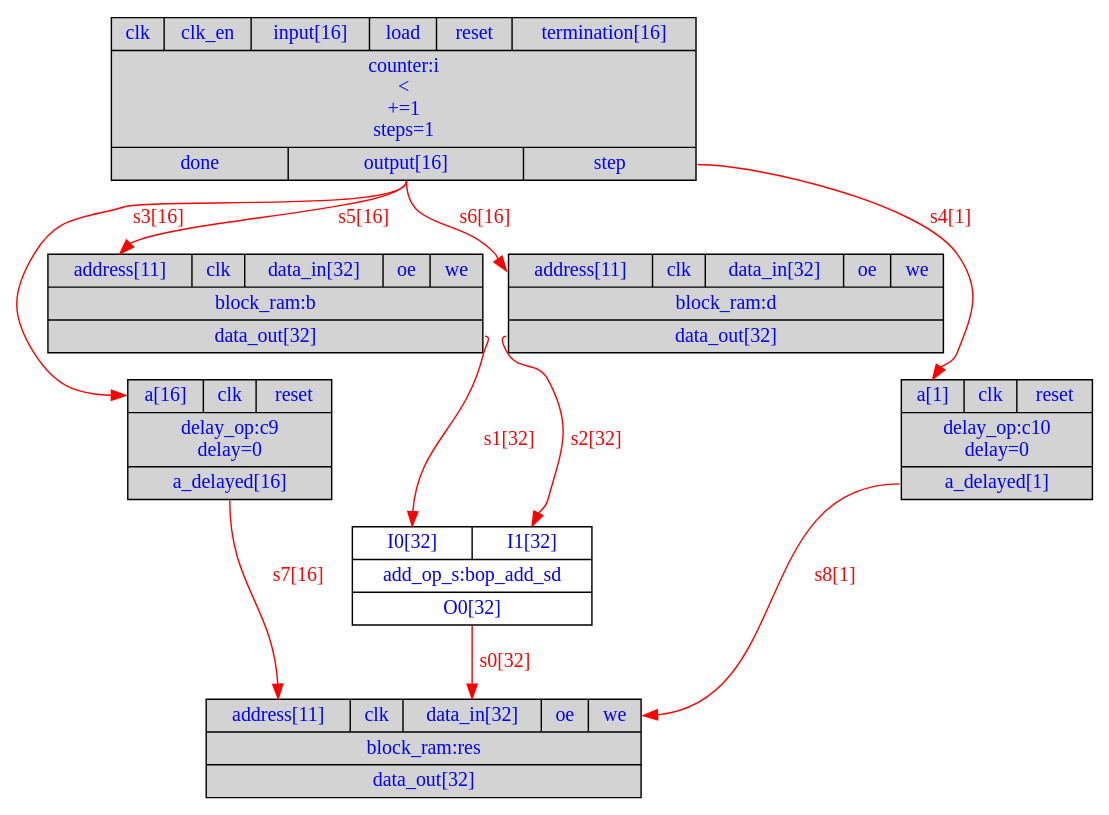
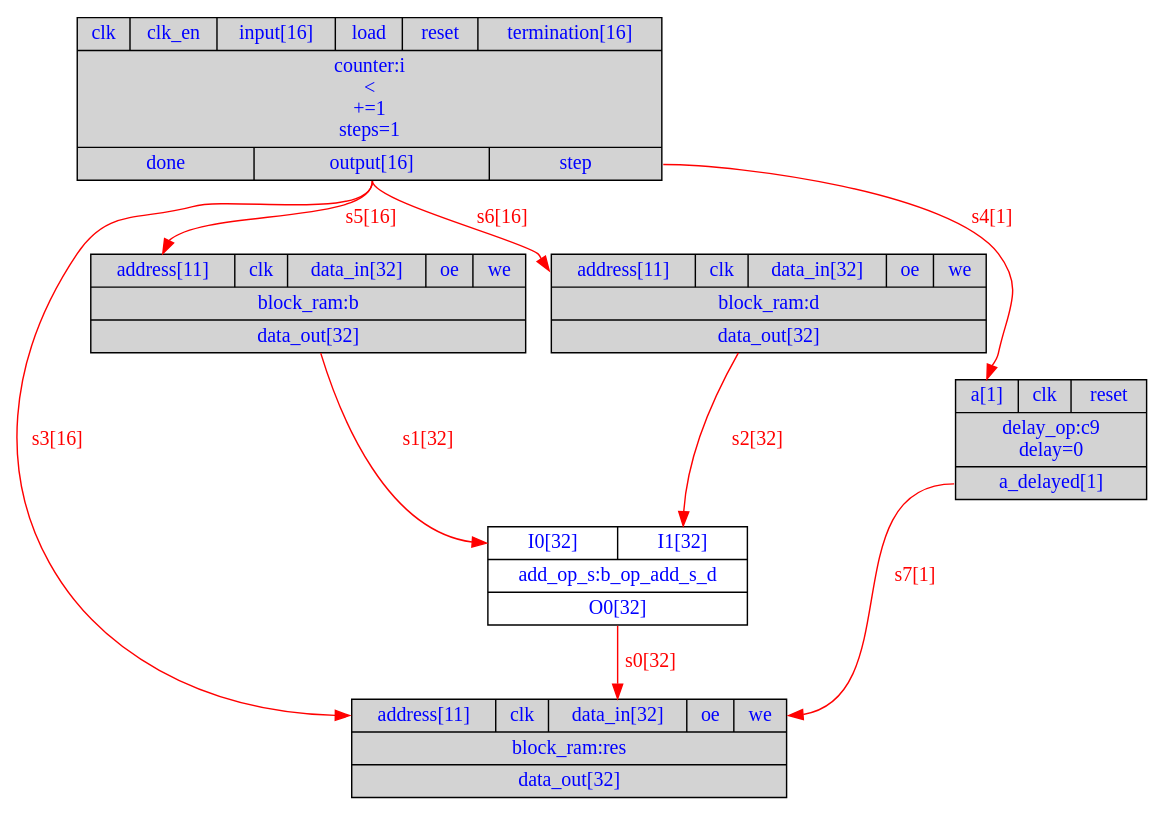
The diagram in DOT/Exemplo_HW.dot (menotti/lalp), drawn with Graphviz before and after one commit. The commit also changed 31 other files, not shown here.

```diff
--- a/DOT/Exemplo_HW.dot
+++ b/DOT/Exemplo_HW.dot
@@ -1,20 +1,18 @@
 digraph diagram {
 // Components (Nodes) 
 "i" [shape=record, fontcolor=blue, style="filled", fillcolor="lightgray", label="{{<clk>clk|<clk_en>clk_en|<input>input[16]|<load>load|<reset>reset|<termination>termination[16]}|counter:i\n\<\n+=1\nsteps=1|{<done>done|<output>output[16]|<step>step}}"]; 
 "res" [shape=record, fontcolor=blue, style="filled", fillcolor="lightgray", label="{{<address>address[11]|<clk>clk|<data_in>data_in[32]|<oe>oe|<we>we}|block_ram:res|{<data_out>data_out[32]}}"]; 
-"bop_add_sd" [shape=record, fontcolor=blue, label="{{<I0>I0[32]|<I1>I1[32]}|add_op_s:bop_add_sd|{<O0>O0[32]}}"]; 
+"b_op_add_s_d" [shape=record, fontcolor=blue, label="{{<I0>I0[32]|<I1>I1[32]}|add_op_s:b_op_add_s_d|{<O0>O0[32]}}"]; 
 "b" [shape=record, fontcolor=blue, style="filled", fillcolor="lightgray", label="{{<address>address[11]|<clk>clk|<data_in>data_in[32]|<oe>oe|<we>we}|block_ram:b|{<data_out>data_out[32]}}"]; 
 "d" [shape=record, fontcolor=blue, style="filled", fillcolor="lightgray", label="{{<address>address[11]|<clk>clk|<data_in>data_in[32]|<oe>oe|<we>we}|block_ram:d|{<data_out>data_out[32]}}"]; 
-"c9" [shape=record, fontcolor=blue, style="filled", fillcolor="lightgray", label="{{<a>a[16]|<clk>clk|<reset>reset}|delay_op:c9\ndelay=0|{<a_delayed>a_delayed[16]}}"]; 
-"c10" [shape=record, fontcolor=blue, style="filled", fillcolor="lightgray", label="{{<a>a[1]|<clk>clk|<reset>reset}|delay_op:c10\ndelay=0|{<a_delayed>a_delayed[1]}}"]; 
+"c9" [shape=record, fontcolor=blue, style="filled", fillcolor="lightgray", label="{{<a>a[1]|<clk>clk|<reset>reset}|delay_op:c9\ndelay=0|{<a_delayed>a_delayed[1]}}"]; 
 // Signals (Edges) 
-"bop_add_sd":O0 -> "res":data_in[label="s0[32]" color=red fontcolor=red]; 
-"b":data_out -> "bop_add_sd":I0[label="s1[32]" color=red fontcolor=red]; 
-"d":data_out -> "bop_add_sd":I1[label="s2[32]" color=red fontcolor=red]; 
-"i":output -> "c9":a[label="s3[16]" color=red fontcolor=red]; 
-"i":step -> "c10":a[label="s4[1]" color=red fontcolor=red]; 
+"b_op_add_s_d":O0 -> "res":data_in[label="s0[32]" color=red fontcolor=red]; 
+"b" -> "b_op_add_s_d":I0[label="s1[32]" color=red fontcolor=red]; 
+"d" -> "b_op_add_s_d":I1[label="s2[32]" color=red fontcolor=red]; 
+"i":output -> "res":address[label="s3[16]" color=red fontcolor=red]; 
+"i":step -> "c9":a[label="s4[1]" color=red fontcolor=red]; 
 "i":output -> "b":address[label="s5[16]" color=red fontcolor=red]; 
 "i":output -> "d":address[label="s6[16]" color=red fontcolor=red]; 
-"c9":a_delayed -> "res":address[label="s7[16]" color=red fontcolor=red]; 
-"c10":a_delayed -> "res":we[label="s8[1]" color=red fontcolor=red]; 
+"c9":a_delayed -> "res":we[label="s7[1]" color=red fontcolor=red]; 
 }
```
